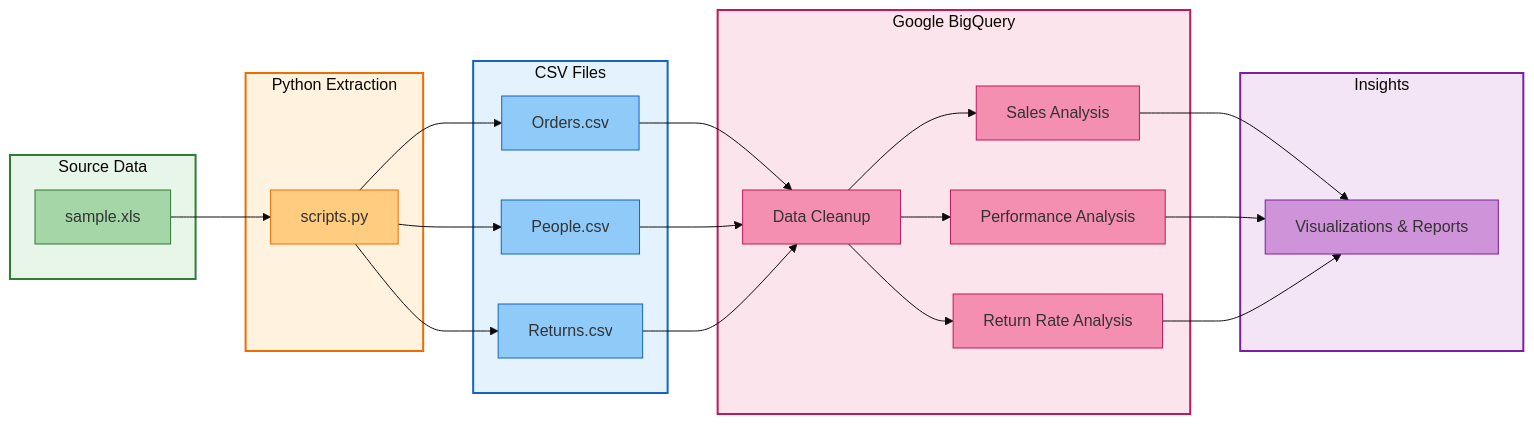
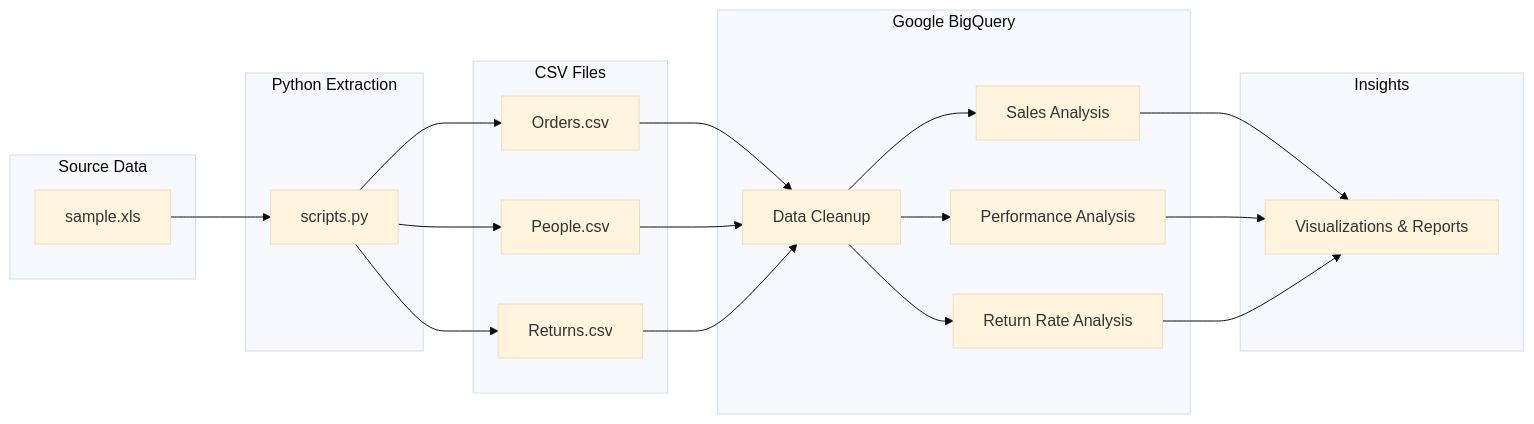
The diagram in docs/DATA_FLOW_PIPELINE.md (christianlew21/Datasets-Analysis-using-BigQuery), drawn with Mermaid (base theme) before and after one commit.

Commit message:
docs: Add detailed data flow pipeline documentation covering extraction, ingestion, analysis, and visualizations.

````diff
--- a/docs/DATA_FLOW_PIPELINE.md
+++ b/docs/DATA_FLOW_PIPELINE.md
@@ -9,58 +9,41 @@
 ```mermaid
 flowchart LR
     subgraph Source["Source Data"]
         A["sample.xls"]
     end
     
     subgraph Extract["Python Extraction"]
         B["scripts.py"]
     end
     
     subgraph CSVs["CSV Files"]
         C1["Orders.csv"]
         C2["People.csv"]
         C3["Returns.csv"]
     end
     
     subgraph BQ["Google BigQuery"]
         D1["Data Cleanup"]
         D2["Sales Analysis"]
         D3["Performance Analysis"]
         D4["Return Rate Analysis"]
     end
     
     subgraph Output["Insights"]
         E["Visualizations & Reports"]
     end
     
     A --> B
     B --> C1
     B --> C2
     B --> C3
     C1 --> D1
     C2 --> D1
     C3 --> D1
     D1 --> D2
     D1 --> D3
     D1 --> D4
     D2 --> E
     D3 --> E
     D4 --> E
-
-    style Source fill:#e8f5e9,stroke:#2e7d32,stroke-width:2px
-    style Extract fill:#fff3e0,stroke:#ef6c00,stroke-width:2px
-    style CSVs fill:#e3f2fd,stroke:#1565c0,stroke-width:2px
-    style BQ fill:#fce4ec,stroke:#c2185b,stroke-width:2px
-    style Output fill:#f3e5f5,stroke:#7b1fa2,stroke-width:2px
-    
-    style A fill:#a5d6a7,stroke:#2e7d32
-    style B fill:#ffcc80,stroke:#ef6c00
-    style C1 fill:#90caf9,stroke:#1565c0
-    style C2 fill:#90caf9,stroke:#1565c0
-    style C3 fill:#90caf9,stroke:#1565c0
-    style D1 fill:#f48fb1,stroke:#c2185b
-    style D2 fill:#f48fb1,stroke:#c2185b
-    style D3 fill:#f48fb1,stroke:#c2185b
-    style D4 fill:#f48fb1,stroke:#c2185b
-    style E fill:#ce93d8,stroke:#7b1fa2
 ```
````
